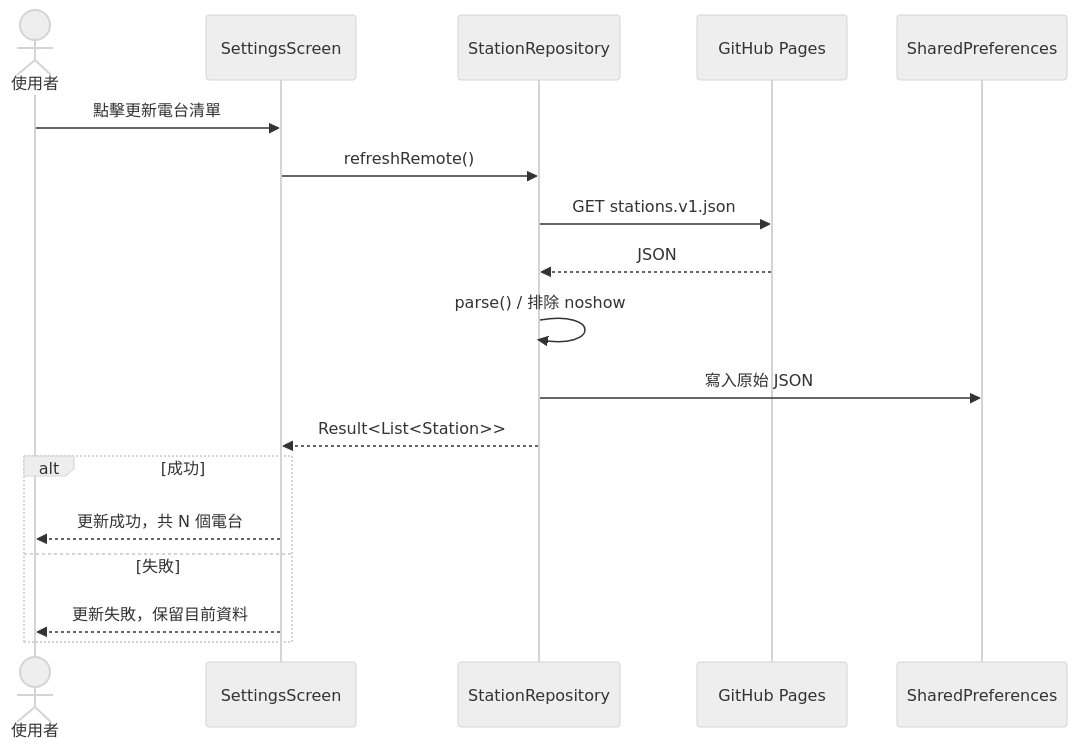
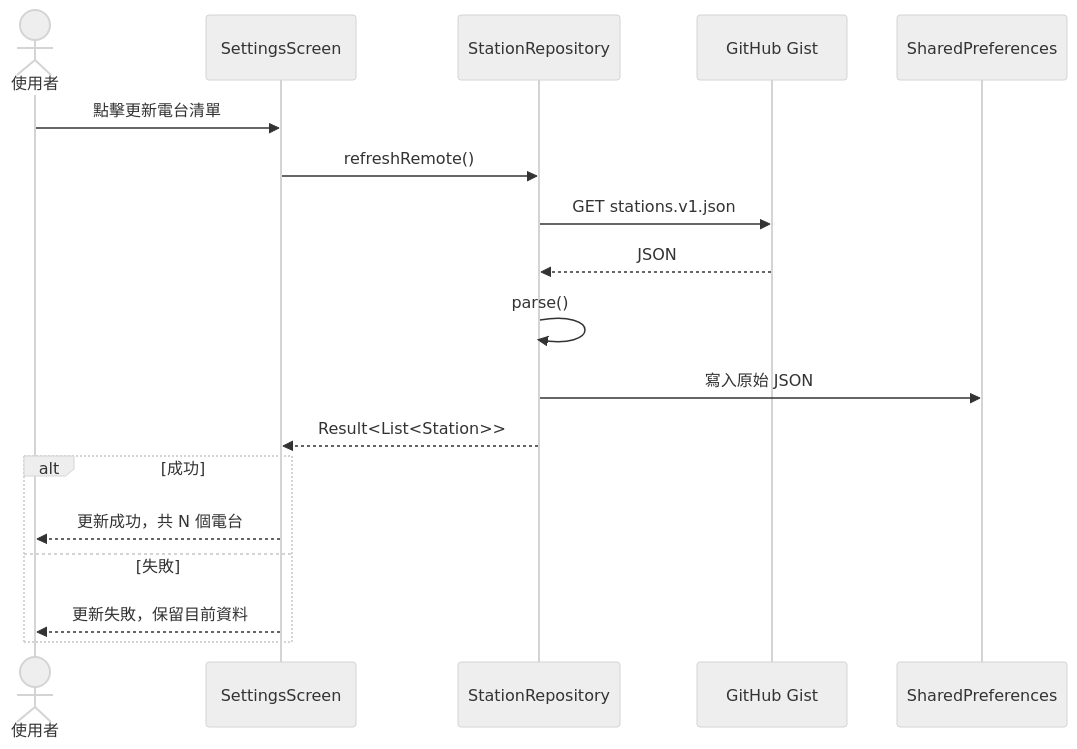
One commit to mark216tw/mini-taiwan-radio changed the second of 3 diagrams in docs/SYSTEM_DESIGN.md. Above: the diagram before and after it, drawn with Mermaid (neutral theme). The commit also changed other lines of this file and 14 other files, not shown here.

````diff
--- a/docs/SYSTEM_DESIGN.md
+++ b/docs/SYSTEM_DESIGN.md
@@ -113,21 +111,21 @@
 ```mermaid
 sequenceDiagram
     actor User as 使用者
     participant Settings as SettingsScreen
     participant Repo as StationRepository
-    participant Remote as GitHub Pages
+    participant Remote as GitHub Gist
     participant SP as SharedPreferences
 
     User->>Settings: 點擊更新電台清單
     Settings->>Repo: refreshRemote()
     Repo->>Remote: GET stations.v1.json
     Remote-->>Repo: JSON
-    Repo->>Repo: parse() / 排除 noshow
+    Repo->>Repo: parse()
     Repo->>SP: 寫入原始 JSON
     Repo-->>Settings: Result<List<Station>>
     alt 成功
         Settings-->>User: 更新成功，共 N 個電台
     else 失敗
         Settings-->>User: 更新失敗，保留目前資料
     end
 ```
````
